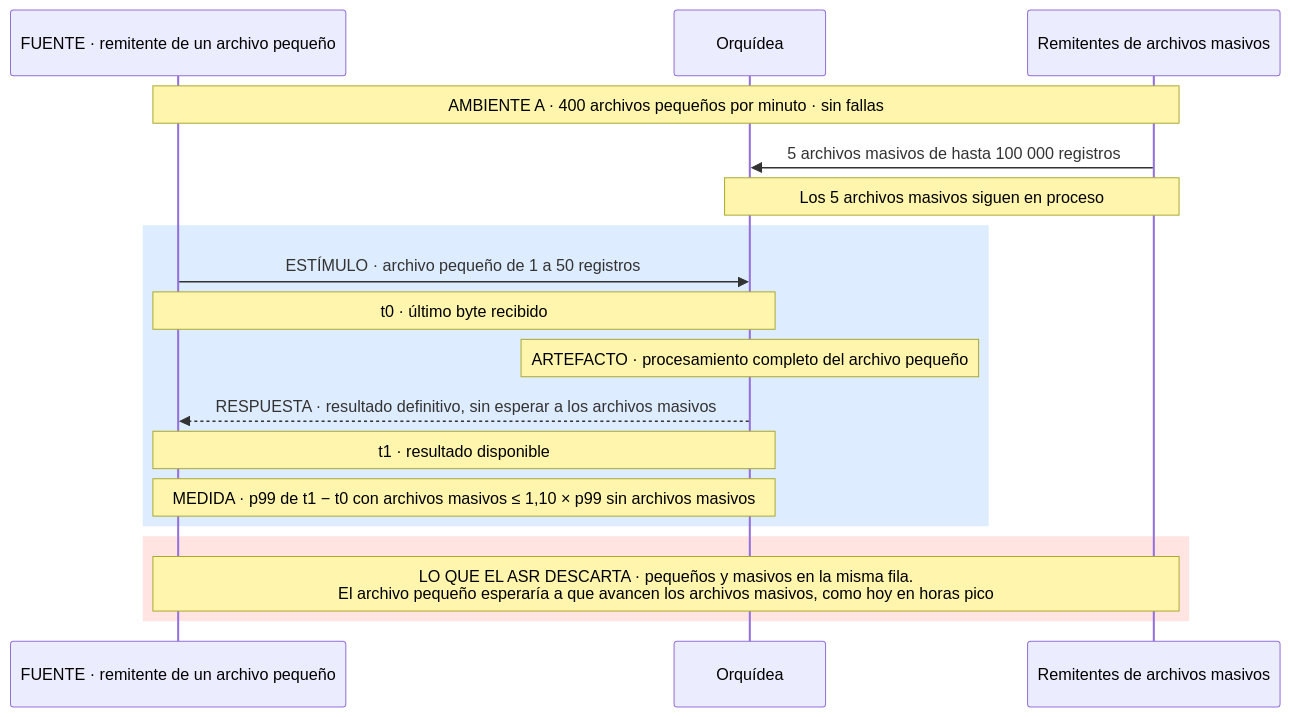
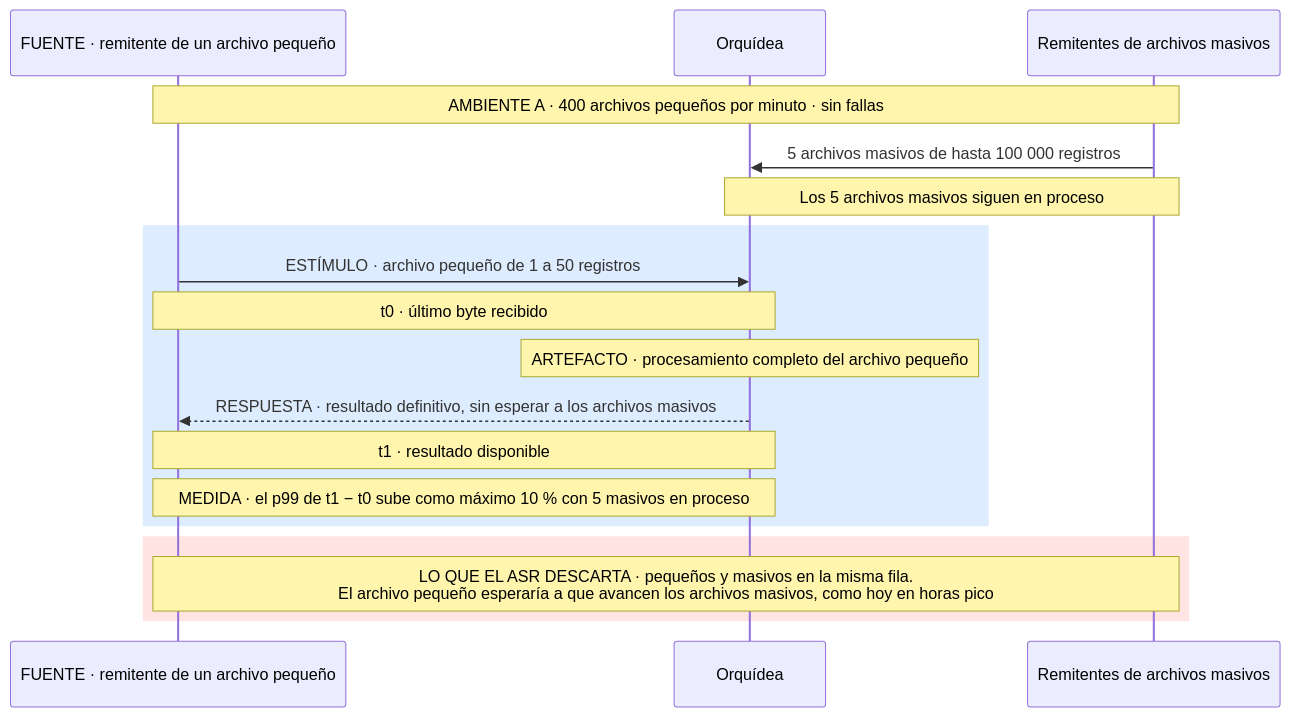
One commit to MATI-MBIT/arqsoft-reto-4 changed the second of 17 diagrams in docs/quality-attributes.md. Above: the diagram before and after it, drawn with Mermaid. The commit also changed other lines of this file and 1 other file, not shown here.

Commit message:
D01 con los nombres completos de los sistemas externos; L04 con una medida más clara

````diff
--- a/docs/quality-attributes.md
+++ b/docs/quality-attributes.md
@@ -215,20 +215,20 @@
 ```mermaid
 sequenceDiagram
     participant P as FUENTE · remitente de un archivo pequeño
     participant O as Orquídea
     participant M as Remitentes de archivos masivos
     Note over P,M: AMBIENTE A · 400 archivos pequeños por minuto · sin fallas
     M->>O: 5 archivos masivos de hasta 100 000 registros
     Note over O,M: Los 5 archivos masivos siguen en proceso
     rect rgb(222, 236, 255)
     P->>O: ESTÍMULO · archivo pequeño de 1 a 50 registros
     Note over P,O: t0 · último byte recibido
     Note over O: ARTEFACTO · procesamiento completo del archivo pequeño
     O-->>P: RESPUESTA · resultado definitivo, sin esperar a los archivos masivos
     Note over P,O: t1 · resultado disponible
-    Note over P,O: MEDIDA · p99 de t1 − t0 con archivos masivos ≤ 1,10 × p99 sin archivos masivos
+    Note over P,O: MEDIDA · el p99 de t1 − t0 sube como máximo 10 % con 5 masivos en proceso
     end
     rect rgb(255, 228, 225)
     Note over P,M: LO QUE EL ASR DESCARTA · pequeños y masivos en la misma fila.<br/>El archivo pequeño esperaría a que avancen los archivos masivos, como hoy en horas pico
     end
 ```
````
